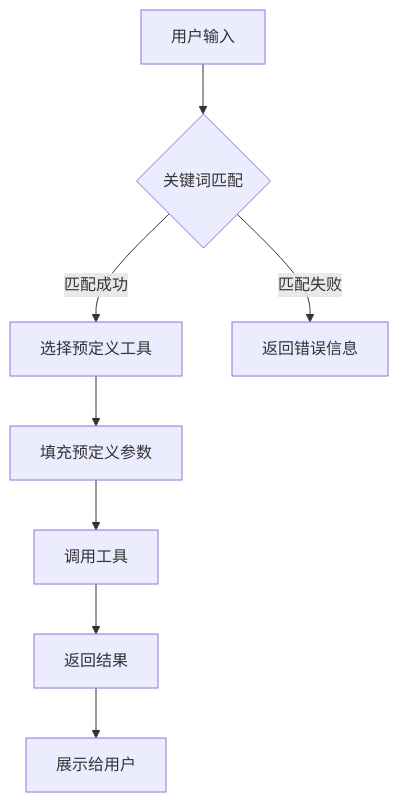
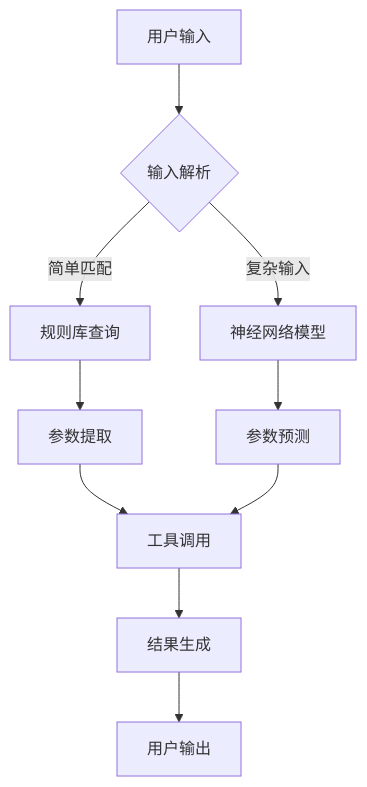
One commit to valkryhx/patent_agents changed the diagram in output/progress/基于智能分层推理的多参数工具自适应调用系统_611f6779/02_background.md. Above: the diagram before and after it, drawn with Mermaid. The commit also changed other lines of this file and 10 other files, not shown here.

````diff
--- a/output/progress/基于智能分层推理的多参数工具自适应调用系统_611f6779/02_background.md
+++ b/output/progress/基于智能分层推理的多参数工具自适应调用系统_611f6779/02_background.md
@@ -43,10 +45,12 @@
 ```mermaid
 graph TD
-    A[用户输入] --> B{关键词匹配}
-    B -->|匹配成功| C[选择预定义工具]
-    B -->|匹配失败| D[返回错误信息]
-    C --> E[填充预定义参数]
-    E --> F[调用工具]
-    F --> G[返回结果]
-    G --> H[展示给用户]
+    A[用户输入] --> B{输入解析}
+    B -->|简单匹配| C[规则库查询]
+    B -->|复杂输入| D[神经网络模型]
+    C --> E[参数提取]
+    D --> F[参数预测]
+    E --> G[工具调用]
+    F --> G
+    G --> H[结果生成]
+    H --> I[用户输出]
 ```
````
